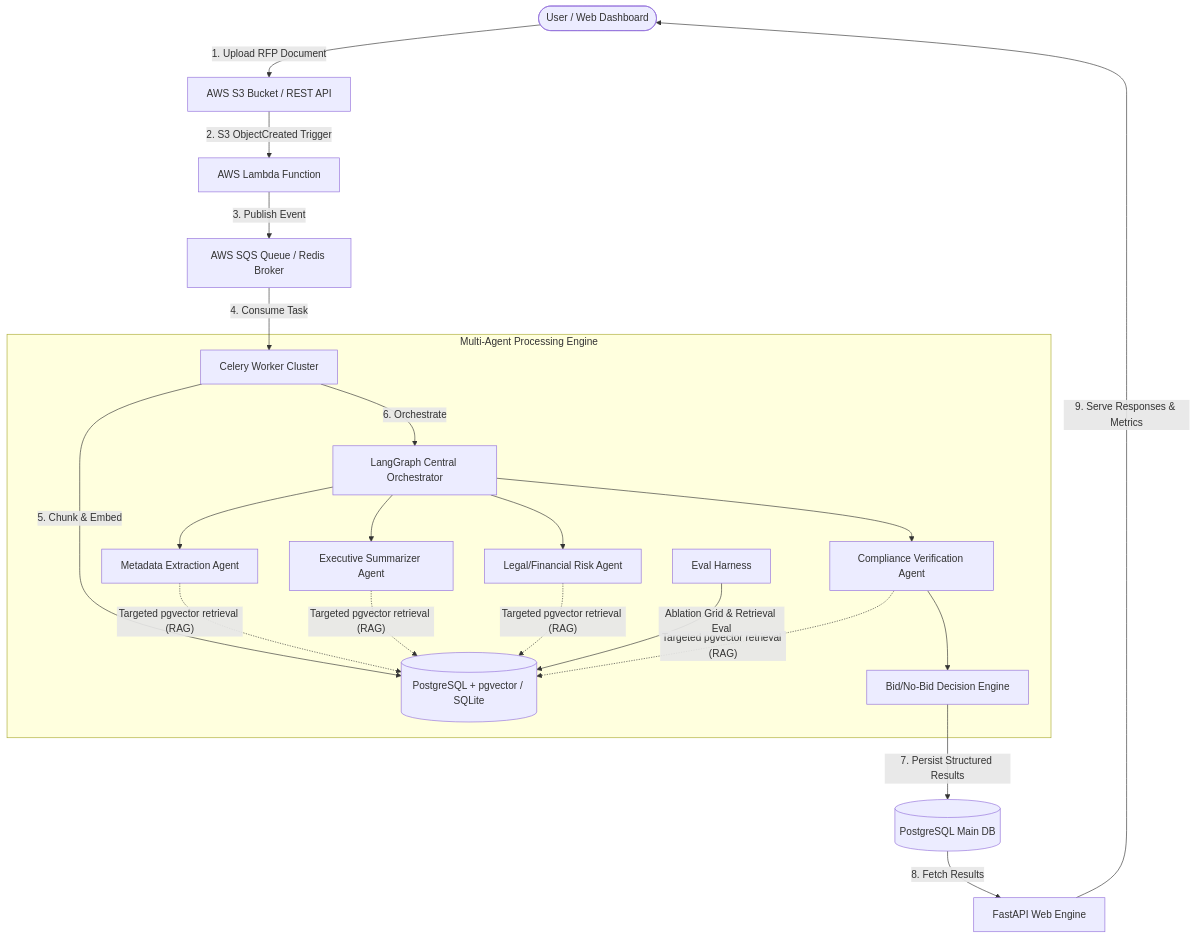
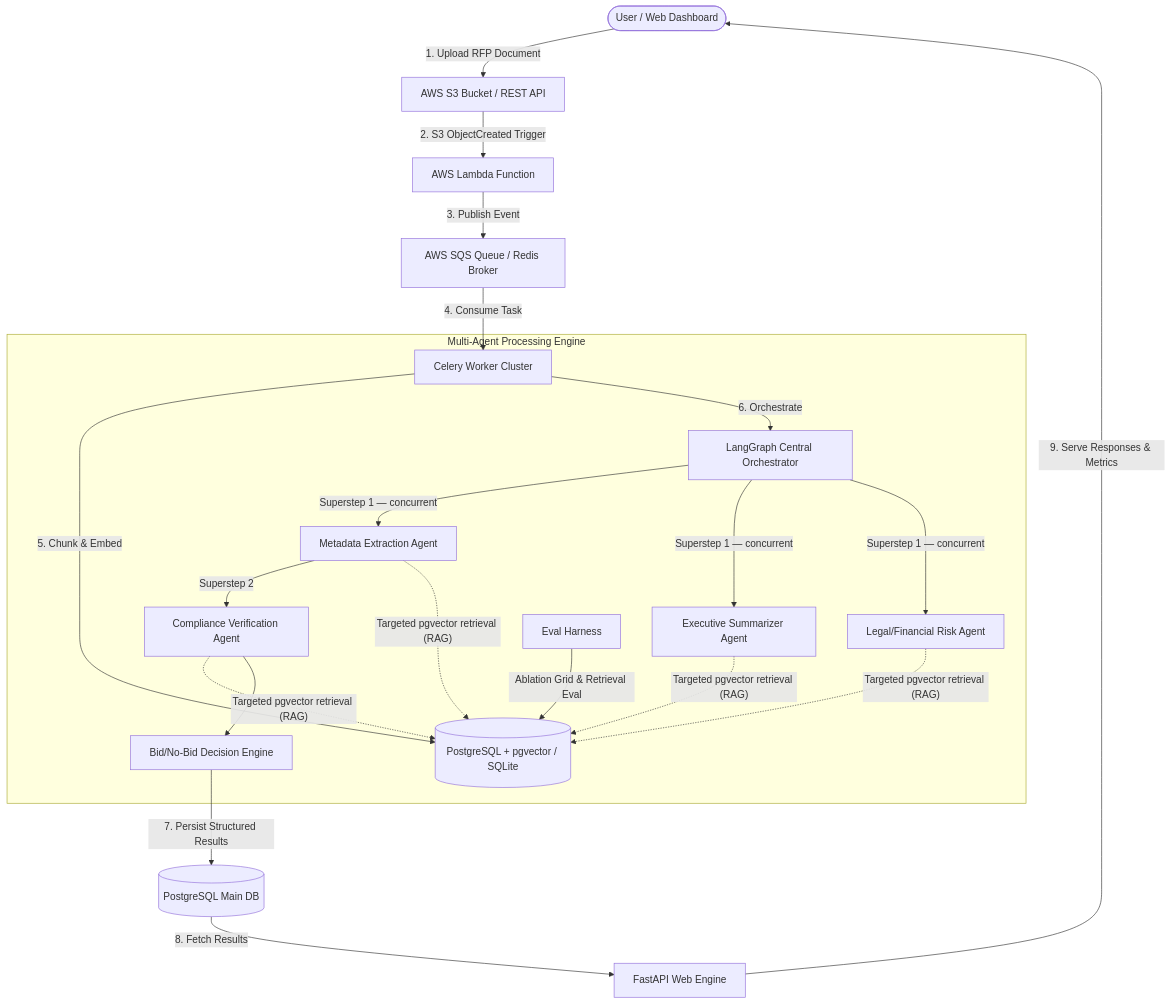
One commit to sharma614/Tender_AI changed the diagram in README.md. Above: the diagram before and after it, drawn with Mermaid. The commit also changed other lines of this file and 57 other files, not shown here.

````diff
--- a/README.md
+++ b/README.md
@@ -14,26 +39,26 @@
 ```mermaid
 graph TD
     User([User / Web Dashboard]) -->|1. Upload RFP Document| S3[AWS S3 Bucket / REST API]
     S3 -->|2. S3 ObjectCreated Trigger| Lambda[AWS Lambda Function]
     Lambda -->|3. Publish Event| SQS[AWS SQS Queue / Redis Broker]
     SQS -->|4. Consume Task| Worker[Celery Worker Cluster]
-    
+
     subgraph Multi-Agent Processing Engine
         Worker -->|5. Chunk & Embed| PGVector[(PostgreSQL + pgvector / SQLite)]
         Worker -->|6. Orchestrate| LangGraph[LangGraph Central Orchestrator]
-        
-        LangGraph --> Agent1[Metadata Extraction Agent]
-        LangGraph --> Agent2[Executive Summarizer Agent]
-        LangGraph --> Agent3[Legal/Financial Risk Agent]
-        LangGraph --> Agent4[Compliance Verification Agent]
-        
+
+        LangGraph -->|Superstep 1 — concurrent| Agent1[Metadata Extraction Agent]
+        LangGraph -->|Superstep 1 — concurrent| Agent2[Executive Summarizer Agent]
+        LangGraph -->|Superstep 1 — concurrent| Agent3[Legal/Financial Risk Agent]
+
+        Agent1 -->|Superstep 2| Agent4[Compliance Verification Agent]
         Agent1 & Agent2 & Agent3 & Agent4 -.->|"Targeted pgvector retrieval (RAG)"| PGVector
-        
+
         Agent4 --> Engine[Bid/No-Bid Decision Engine]
         EvalHarness[Eval Harness] -->|"Ablation Grid & Retrieval Eval"| PGVector
     end
-    
+
     Engine -->|7. Persist Structured Results| MainDB[(PostgreSQL Main DB)]
     MainDB -->|8. Fetch Results| API[FastAPI Web Engine]
     API -->|9. Serve Responses & Metrics| User
 ```
````
